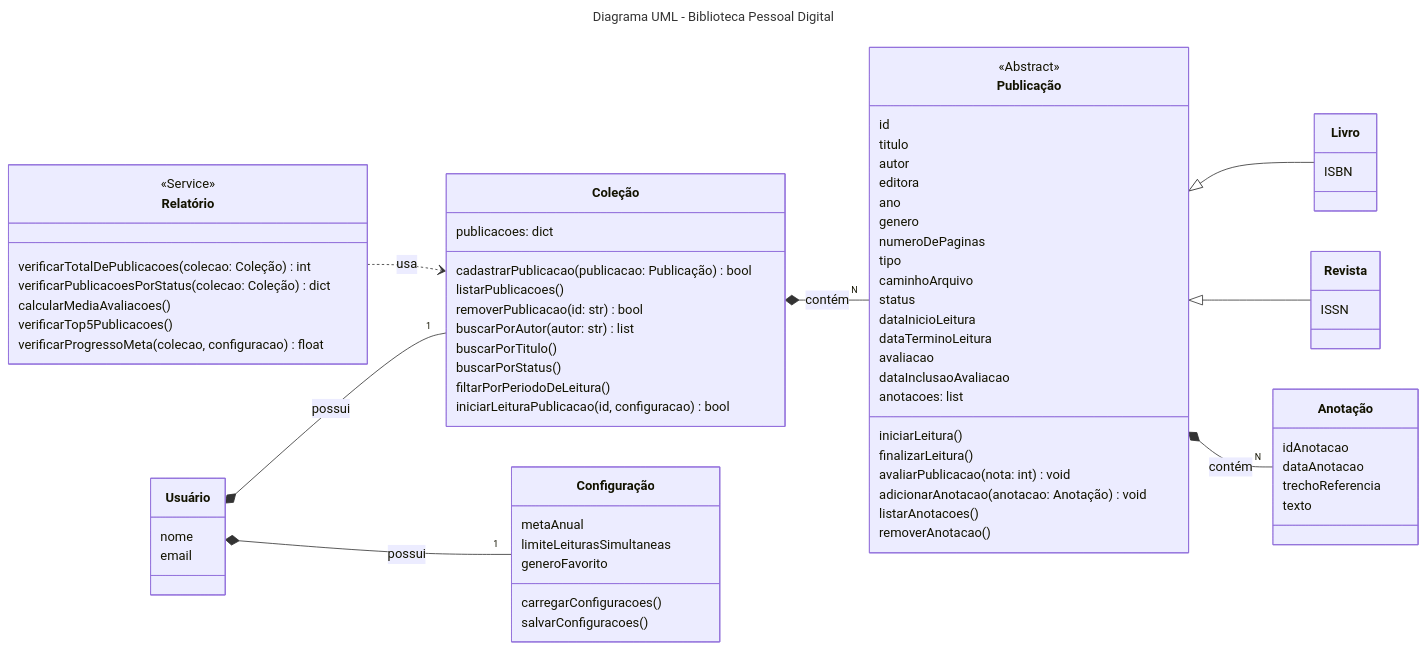
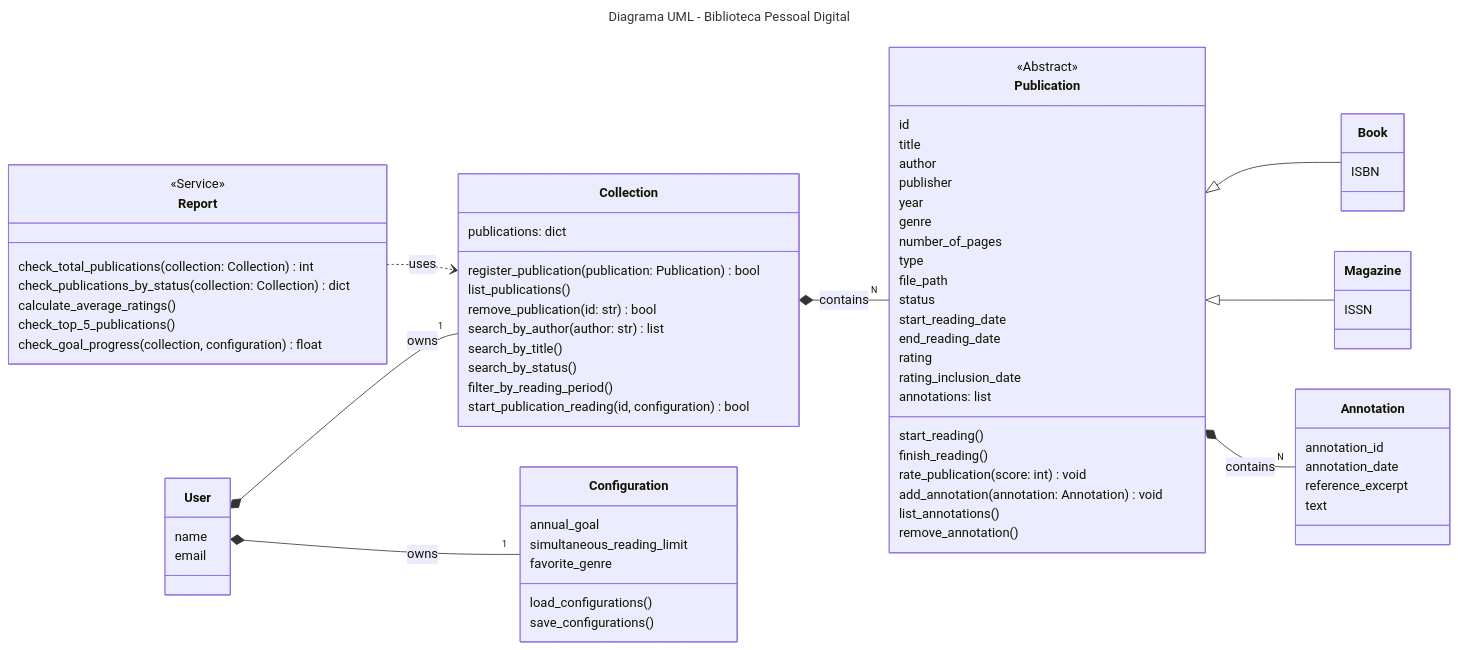
Before and after one commit to samsilveira/personal-library: the diagram in README.md, drawn with Mermaid. The commit also changed other lines of this file and 9 other files, not shown here.

````diff
--- a/README.md
+++ b/README.md
@@ -67,86 +67,86 @@
 classDiagram
 	direction LR
 	
-	`Coleção` *-- "N" `Publicação` : contém
-	`Publicação` <|-- Livro
-	`Publicação` <|-- Revista
-	`Publicação` *-- "N" `Anotação` : contém
-	`Usuário` *-- "1" `Coleção` : possui
-	`Usuário` *-- "1" `Configuração` : possui
-	`Relatório` ..> `Coleção` : usa
+	`Collection` *-- "N" `Publication` : contains
+	`Publication` <|-- Book
+	`Publication` <|-- Magazine
+	`Publication` *-- "N" `Annotation` : contains
+	`User` *-- "1" `Collection` : owns
+	`User` *-- "1" `Configuration` : owns
+	`Report` ..> `Collection` : uses
 
-	class `Coleção`{
-		publicacoes: dict
-		cadastrarPublicacao(publicacao: Publicação) bool
-		listarPublicacoes()
-		removerPublicacao(id: str) bool
-		buscarPorAutor(autor: str) list
-		buscarPorTitulo()
-		buscarPorStatus()
-		filtarPorPeriodoDeLeitura()
-        iniciarLeituraPublicacao(id, configuracao) bool
+	class `Collection`{
+		publications: dict
+		register_publication(publication: Publication) bool
+		list_publications()
+		remove_publication(id: str) bool
+		search_by_author(author: str) list
+		search_by_title()
+		search_by_status()
+		filter_by_reading_period()
+	    start_publication_reading(id, configuration) bool
 	}
 	
-	class `Publicação` {
+	class `Publication` {
 		<<Abstract>>
 		id
-		titulo
-		autor
-		editora
-		ano
-		genero
-		numeroDePaginas
-		tipo
-		caminhoArquivo
+		title
+		author
+		publisher
+		year
+		genre
+		number_of_pages
+		type
+		file_path
 		status
-		dataInicioLeitura
-		dataTerminoLeitura
-		avaliacao
-		dataInclusaoAvaliacao
-        anotacoes: list
-		iniciarLeitura()
-		finalizarLeitura()
-		avaliarPublicacao(nota: int) void
-		adicionarAnotacao(anotacao: Anotação) void
-		listarAnotacoes()
-		removerAnotacao()
+		start_reading_date
+		end_reading_date
+		rating
+		rating_inclusion_date
+	       annotations: list
+		start_reading()
+		finish_reading()
+		rate_publication(score: int) void
+		add_annotation(annotation: Annotation) void
+		list_annotations()
+		remove_annotation()
 	}
 	
-	class Livro{
+	class Book{
 		ISBN
 	}
 	
-	class Revista{
+	class Magazine{
 		ISSN
 	}
 	
-	class `Anotação`{
-		idAnotacao
-		dataAnotacao
-		trechoReferencia
-		texto
+	class `Annotation`{
+		annotation_id
+		annotation_date
+		reference_excerpt
+		text
 	}
 	
-	class `Relatório` {
+	class `Report` {
 		<<Service>>
-		verificarTotalDePublicacoes(colecao: Coleção) int
-		verificarPublicacoesPorStatus(colecao: Coleção) dict
-		calcularMediaAvaliacoes()
-		verificarTop5Publicacoes()
-        verificarProgressoMeta(colecao, configuracao) float
+		check_total_publications(collection: Collection) int
+		check_publications_by_status(collection: Collection) dict
+		calculate_average_ratings()
+		check_top_5_publications()
+	       check_goal_progress(collection, configuration) float
 	}
 	
-	class `Usuário` {
-		nome
-		email		
+	class `User` {
+		name
+		email
 	}
 	
-	class `Configuração` {
-		metaAnual
-		limiteLeiturasSimultaneas
-		generoFavorito
-		carregarConfiguracoes()
-		salvarConfiguracoes()
+	class `Configuration` {
+		annual_goal
+		simultaneous_reading_limit
+		favorite_genre
+		load_configurations()
+		save_configurations()
 	}
 
 ```
````
